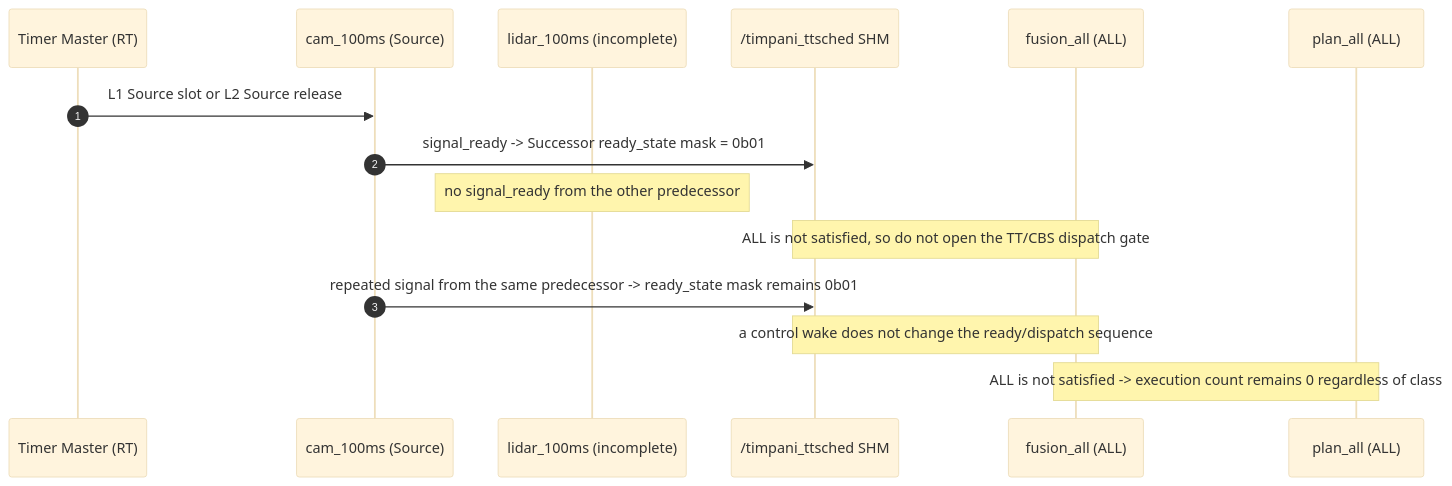
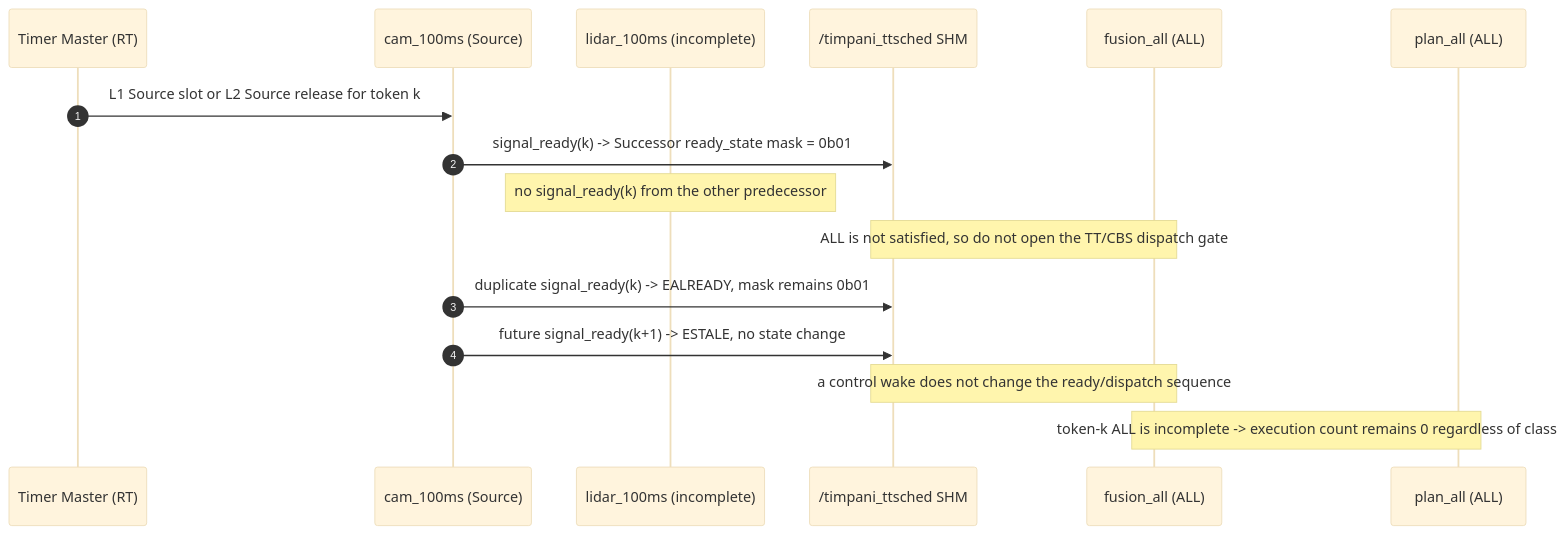
One commit to eclipse-timpani/timpani26 changed the fourth of 4 diagrams in doc/design/HLD-009-data-driven-workload.md. Above: the diagram before and after it, drawn with Mermaid (base theme). The commit also changed other lines of this file and 9 other files, not shown here.

````diff
--- a/doc/design/HLD-009-data-driven-workload.md
+++ b/doc/design/HLD-009-data-driven-workload.md
@@ -139,18 +147,19 @@
 ```mermaid
 sequenceDiagram
     autonumber
     participant TM as Timer Master (RT)
     participant CAM as cam_100ms (Source)
     participant LIDAR as lidar_100ms (incomplete)
     participant SHM as /timpani_ttsched SHM
     participant FUSION as fusion_all (ALL)
     participant PLAN as plan_all (ALL)
 
-    TM->>CAM: L1 Source slot or L2 Source release
-    CAM->>SHM: signal_ready -> Successor ready_state mask = 0b01
-    Note over LIDAR: no signal_ready from the other predecessor
+    TM->>CAM: L1 Source slot or L2 Source release for token k
+    CAM->>SHM: signal_ready(k) -> Successor ready_state mask = 0b01
+    Note over LIDAR: no signal_ready(k) from the other predecessor
     Note over SHM,FUSION: ALL is not satisfied, so do not open the TT/CBS dispatch gate
-    CAM->>SHM: repeated signal from the same predecessor -> ready_state mask remains 0b01
+    CAM->>SHM: duplicate signal_ready(k) -> EALREADY, mask remains 0b01
+    CAM->>SHM: future signal_ready(k+1) -> ESTALE, no state change
     Note over SHM,FUSION: a control wake does not change the ready/dispatch sequence
-    Note over FUSION,PLAN: ALL is not satisfied -> execution count remains 0 regardless of class
+    Note over FUSION,PLAN: token-k ALL is incomplete -> execution count remains 0 regardless of class
 ```
````
